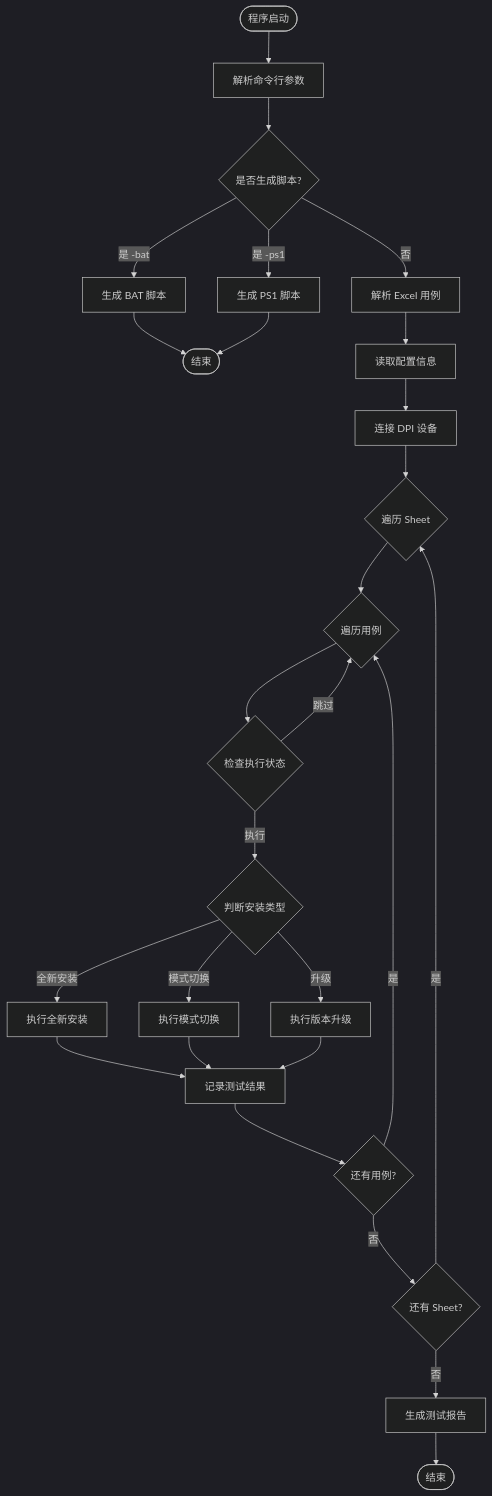
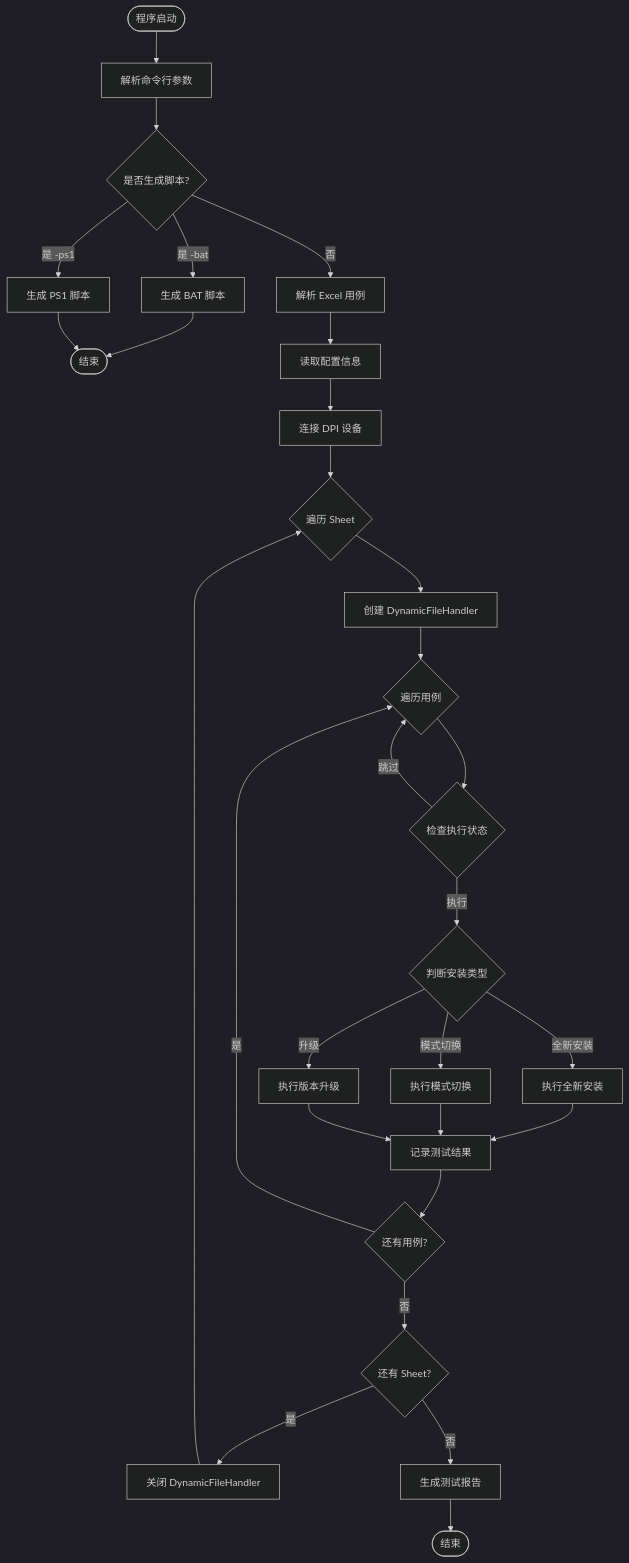
One commit to weihang1258/dpiAutoExcel changed the first of 38 diagrams in 逻辑流程文档.md. Above: the diagram before and after it, drawn with Mermaid (dark theme). The commit also changed other lines of this file and 1 other file, not shown here.

````diff
--- a/逻辑流程文档.md
+++ b/逻辑流程文档.md
@@ -7,29 +7,31 @@
 ```mermaid
 graph TD
     Start([程序启动]) --> A[解析命令行参数]
     A --> B{是否生成脚本?}
     B -->|是 -bat| C[生成 BAT 脚本]
     B -->|是 -ps1| D[生成 PS1 脚本]
     B -->|否| E[解析 Excel 用例]
     C --> End1([结束])
     D --> End1
     E --> F[读取配置信息]
     F --> G[连接 DPI 设备]
     G --> H{遍历 Sheet}
-    H --> I{遍历用例}
+    H --> H1[创建 DynamicFileHandler]
+    H1 --> I{遍历用例}
     I --> J{检查执行状态}
     J -->|跳过| I
     J -->|执行| K{判断安装类型}
     K -->|全新安装| L[执行全新安装]
     K -->|模式切换| M[执行模式切换]
     K -->|升级| N[执行版本升级]
     L --> O[记录测试结果]
     M --> O
     N --> O
     O --> P{还有用例?}
     P -->|是| I
     P -->|否| Q{还有 Sheet?}
-    Q -->|是| H
-    Q -->|否| R[生成测试报告]
-    R --> End2([结束])
+    Q -->|是| R[关闭 DynamicFileHandler]
+    R --> H
+    Q -->|否| S[生成测试报告]
+    S --> End2([结束])
 ```
````
